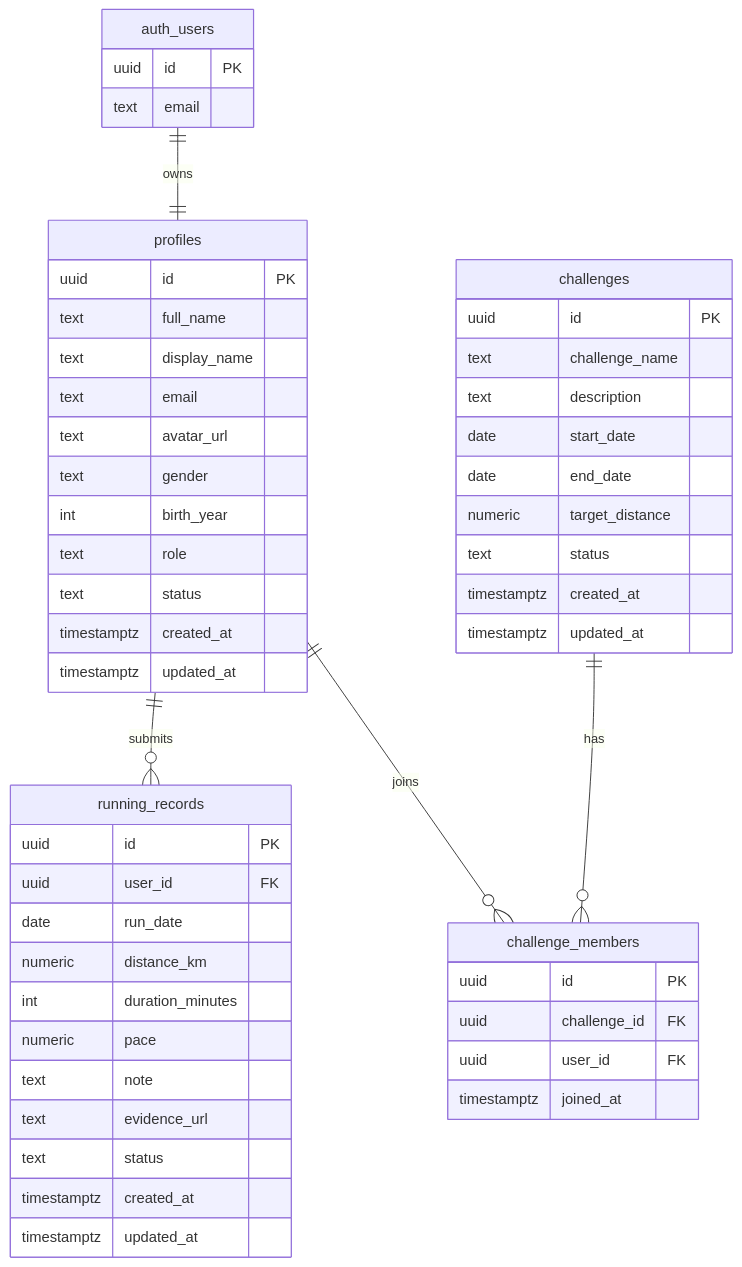
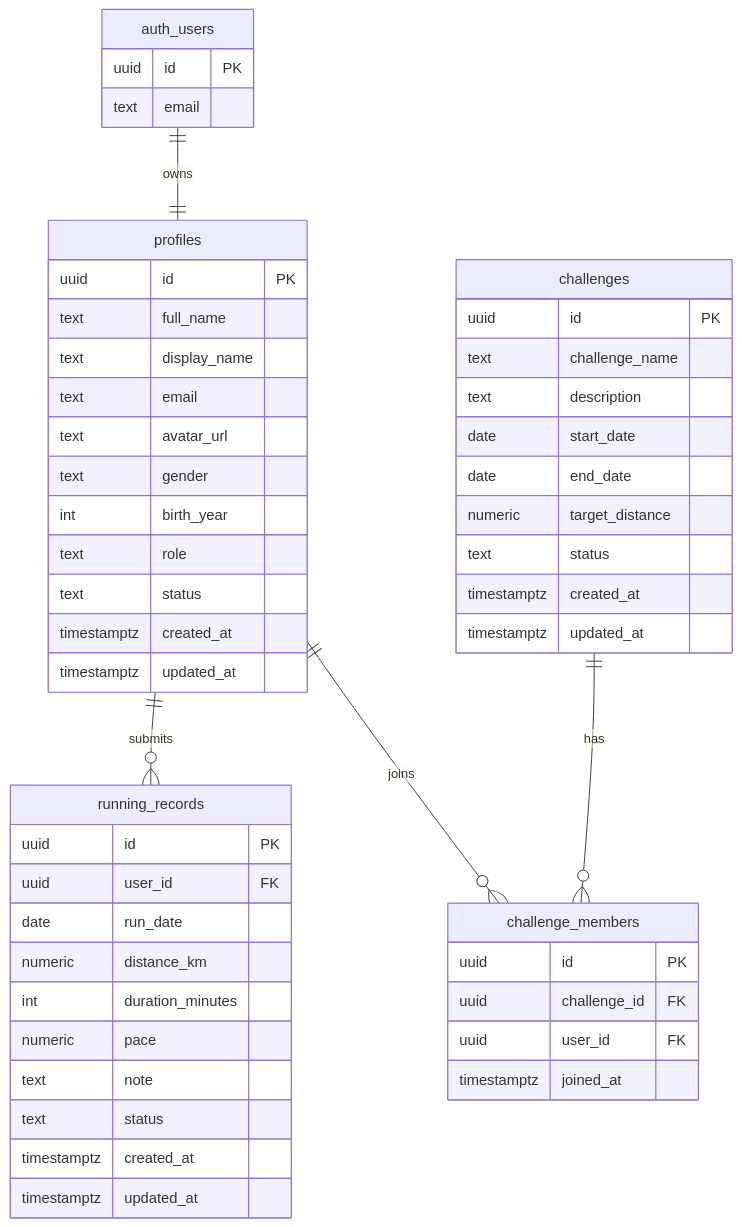
One commit to prathan2004/prathanport changed the diagram in mh/docs/phase-02-database-design.md. Above: the diagram before and after it, drawn with Mermaid. The commit also changed other lines of this file and 13 other files, not shown here.

````diff
--- a/mh/docs/phase-02-database-design.md
+++ b/mh/docs/phase-02-database-design.md
@@ -22,59 +21,58 @@
 ```mermaid
 erDiagram
   auth_users ||--|| profiles : owns
   profiles ||--o{ running_records : submits
   profiles ||--o{ challenge_members : joins
   challenges ||--o{ challenge_members : has
 
   auth_users {
     uuid id PK
     text email
   }
 
   profiles {
     uuid id PK
     text full_name
     text display_name
     text email
     text avatar_url
     text gender
     int birth_year
     text role
     text status
     timestamptz created_at
     timestamptz updated_at
   }
 
   running_records {
     uuid id PK
     uuid user_id FK
     date run_date
     numeric distance_km
     int duration_minutes
     numeric pace
     text note
-    text evidence_url
     text status
     timestamptz created_at
     timestamptz updated_at
   }
 
   challenges {
     uuid id PK
     text challenge_name
     text description
     date start_date
     date end_date
     numeric target_distance
     text status
     timestamptz created_at
     timestamptz updated_at
   }
 
   challenge_members {
     uuid id PK
     uuid challenge_id FK
     uuid user_id FK
     timestamptz joined_at
   }
 ```
````
